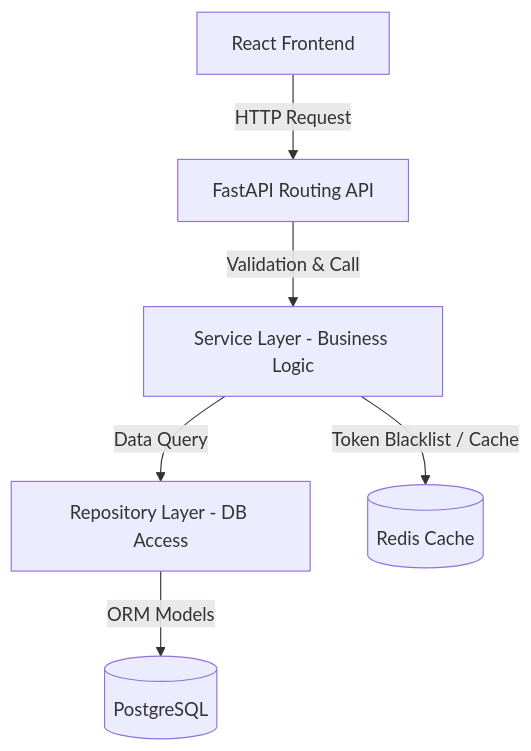
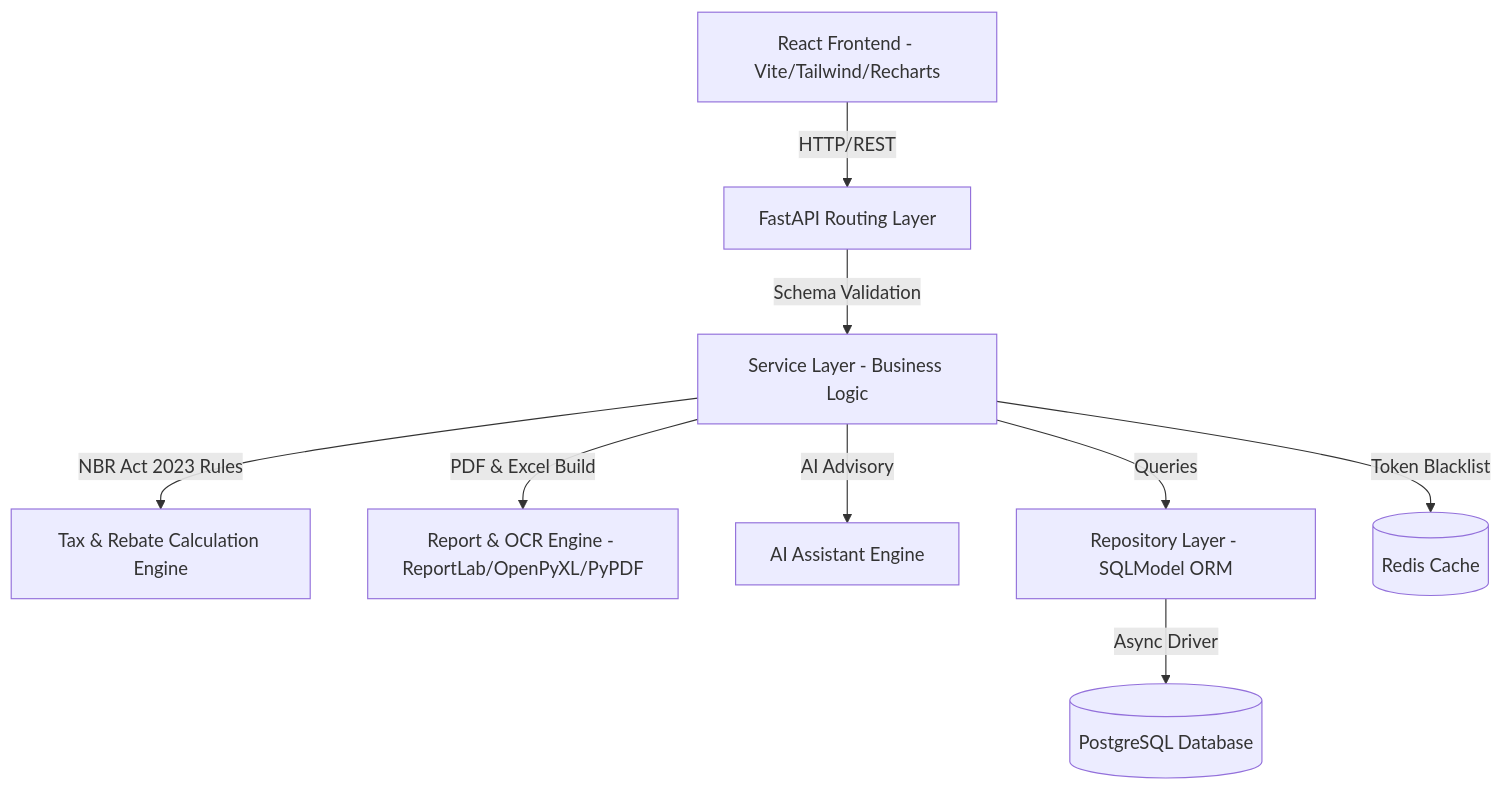
Before and after one commit to momenurmaruf2742/bangladesh_tax_suite: the diagram in docs/architecture.md, drawn with Mermaid. The commit also changed other lines of this file and 6 other files, not shown here.

````diff
--- a/docs/architecture.md
+++ b/docs/architecture.md
@@ -7,8 +7,11 @@
 ```mermaid
 graph TD
-    Client[React Frontend] -->|HTTP Request| API[FastAPI Routing API]
-    API -->|Validation & Call| Service[Service Layer - Business Logic]
-    Service -->|Data Query| Repo[Repository Layer - DB Access]
-    Repo -->|ORM Models| DB[(PostgreSQL)]
-    Service -->|Token Blacklist / Cache| Cache[(Redis Cache)]
+    Client[React Frontend - Vite/Tailwind/Recharts] -->|HTTP/REST| API[FastAPI Routing Layer]
+    API -->|Schema Validation| Service[Service Layer - Business Logic]
+    Service -->|NBR Act 2023 Rules| TaxEngine[Tax & Rebate Calculation Engine]
+    Service -->|PDF & Excel Build| Reports[Report & OCR Engine - ReportLab/OpenPyXL/PyPDF]
+    Service -->|AI Advisory| AiAssistant[AI Assistant Engine]
+    Service -->|Queries| Repo[Repository Layer - SQLModel ORM]
+    Repo -->|Async Driver| DB[(PostgreSQL Database)]
+    Service -->|Token Blacklist| Cache[(Redis Cache)]
 ```
````
